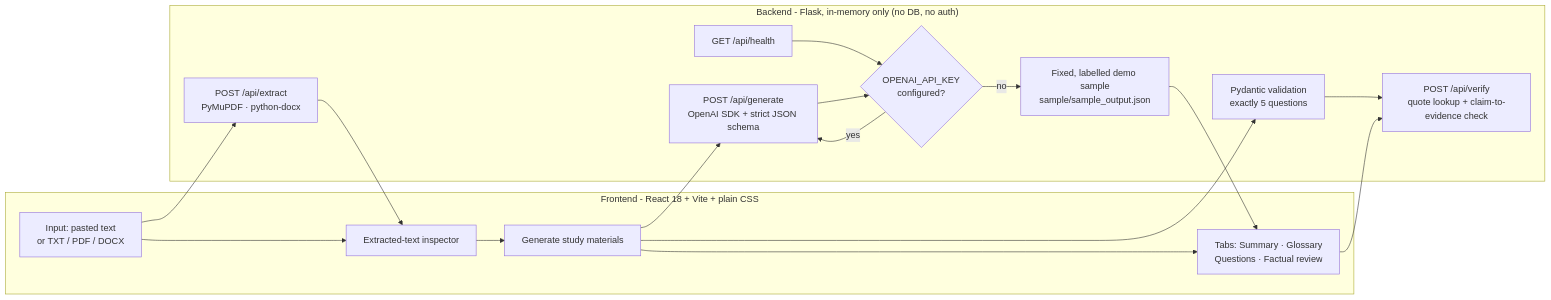
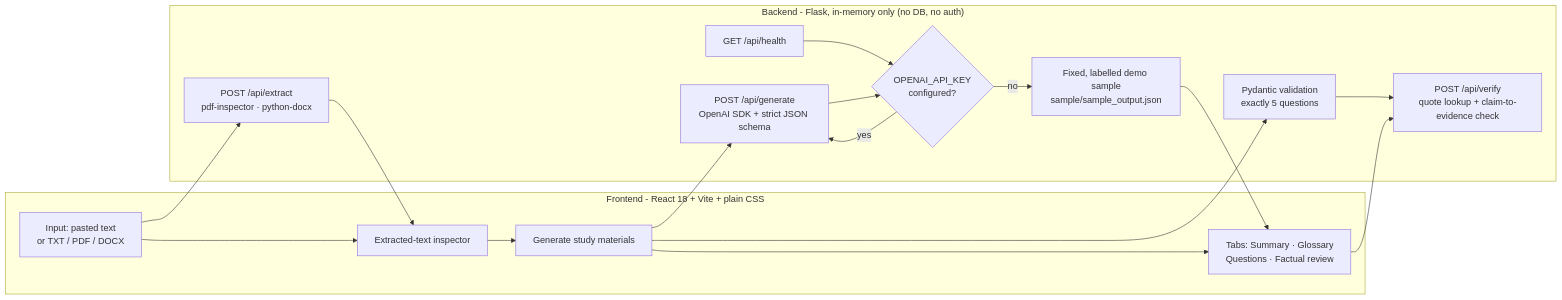
One commit to HoneyWadwa/ClariNote changed the diagram in README.md. Above: the diagram before and after it, drawn with Mermaid. The commit also changed other lines of this file and 3 other files, not shown here.

Commit message:
Integrate pdf-inspector for PDF extraction

````diff
--- a/README.md
+++ b/README.md
@@ -49,29 +49,29 @@
 ```mermaid
 flowchart LR
     subgraph Client["Frontend - React 18 + Vite + plain CSS"]
         A["Input: pasted text<br/>or TXT / PDF / DOCX"] --> B["Extracted-text inspector"]
         B --> C["Generate study materials"]
         C --> D["Tabs: Summary · Glossary<br/>Questions · Factual review"]
     end
 
     subgraph Server["Backend - Flask, in-memory only (no DB, no auth)"]
         E["GET /api/health"]
-        F["POST /api/extract<br/>PyMuPDF · python-docx"]
+        F["POST /api/extract<br/>pdf-inspector · python-docx"]
         G["POST /api/generate<br/>OpenAI SDK + strict JSON schema"]
         H["Pydantic validation<br/>exactly 5 questions"]
         I["POST /api/verify<br/>quote lookup + claim-to-evidence check"]
         J{"OPENAI_API_KEY<br/>configured?"}
         K["Fixed, labelled demo sample<br/>sample/sample_output.json"]
     end
 
     A --> F
     C --> G
     F --> B
     C --> H
     H --> I
     D --> I
     E --> J
     G --> J
     J -- "no" --> K --> D
     J -- "yes" --> G
 ```
````
